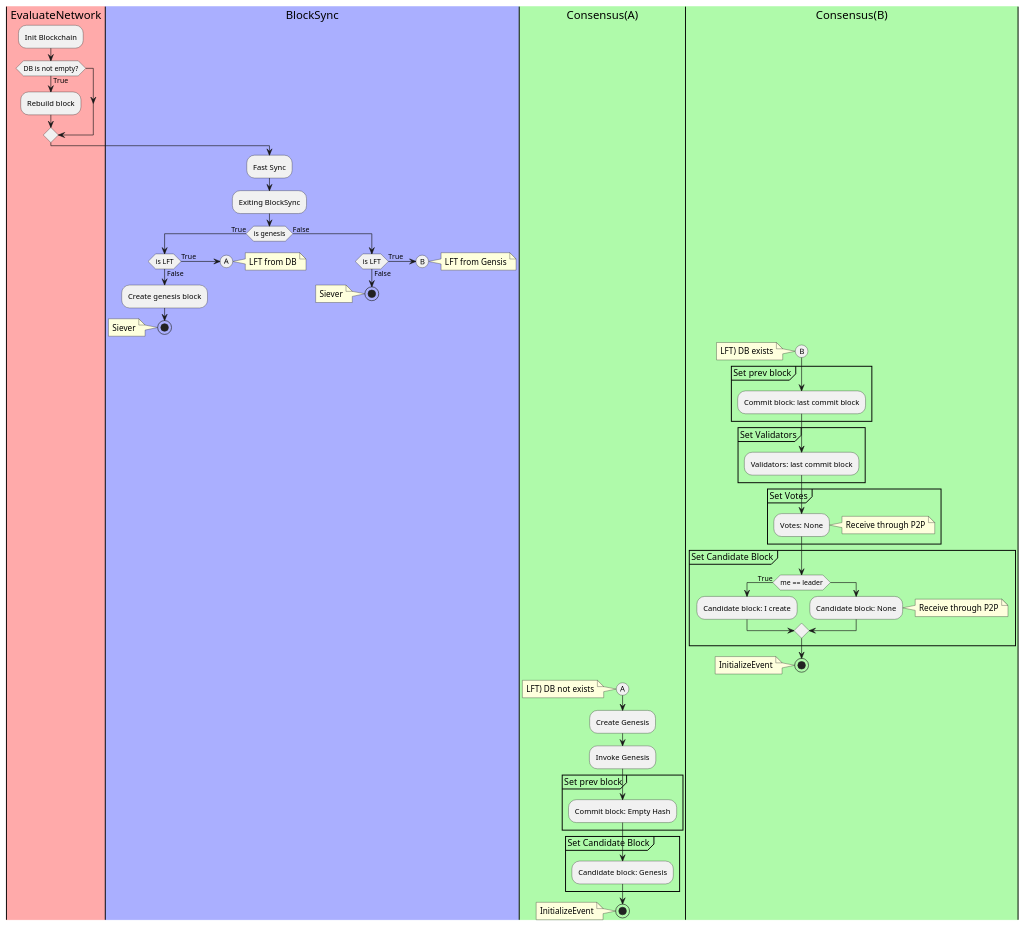
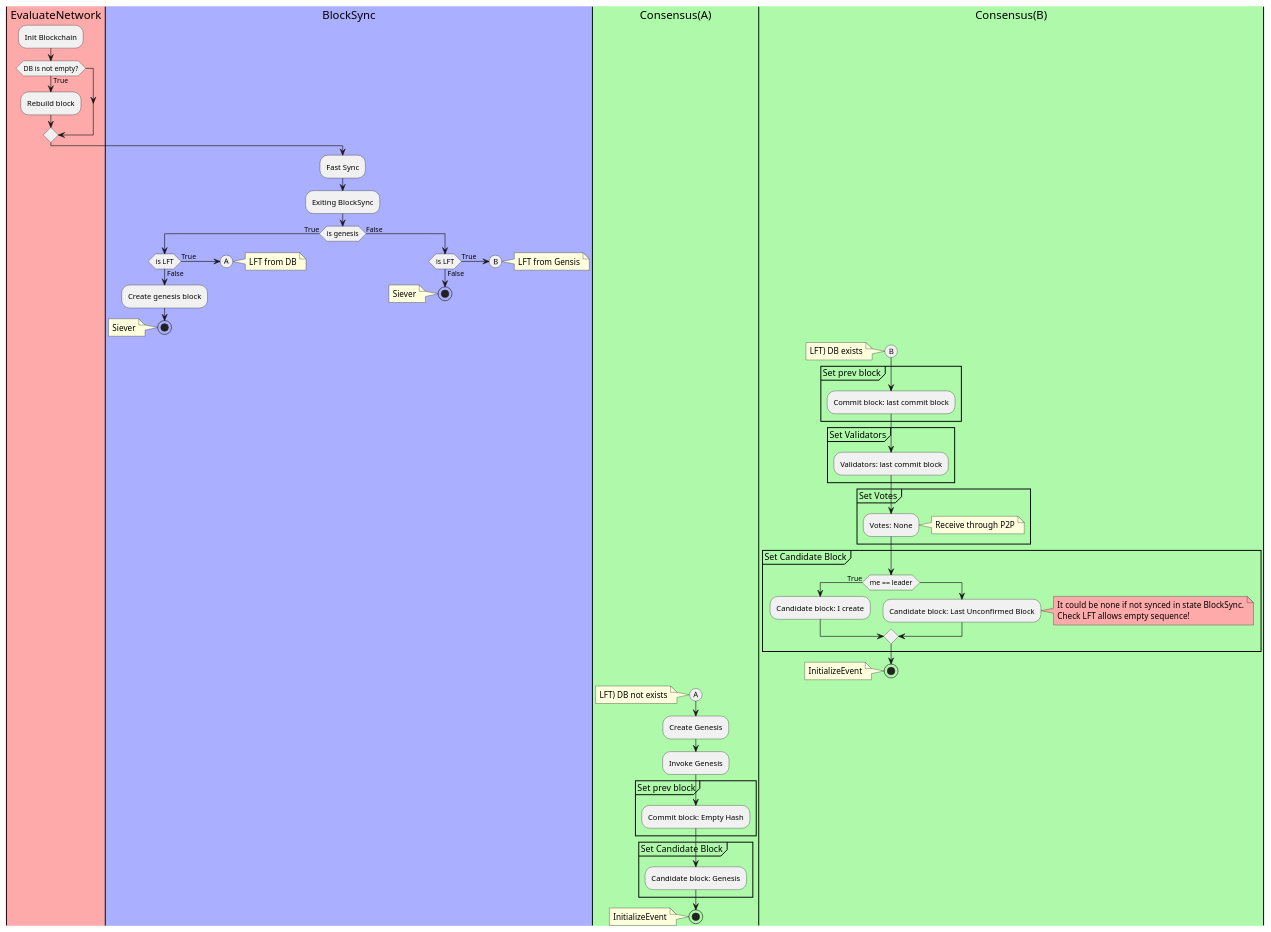
The diagram in diagrams/rebuild_process.puml (metalg0su/studies), drawn with PlantUML before and after one commit.

```diff
--- a/diagrams/rebuild_process.puml
+++ b/diagrams/rebuild_process.puml
@@ -1,83 +1,86 @@
 @startuml
 ' State definitions
 |#FFAAAA|EvaluateNetwork|
 |#AAAFFF|BlockSync|
 
 ' DB is empty
 |#AFFAAA|Consensus(A)|
 ' DB is not empty
 |#AFFAAA|Consensus(B)|
 
 ' Start
 |EvaluateNetwork|
 :Init Blockchain;
 if (DB is not empty?) then (True)
     :Rebuild block;
 endif
 
 |BlockSync|
 :Fast Sync;
 :Exiting BlockSync;
 if (is genesis) then (True)
     if (is LFT) then (True)
         (A)
         note right: LFT from DB
         detach
     else (False)
         |BlockSync|
         :Create genesis block;
         stop
         note: Siever
     endif
 
     |Consensus(B)|
     (B)
     note: LFT) DB exists
     partition "Set prev block" {
         :Commit block: last commit block;
     }
     partition "Set Validators" {
         :Validators: last commit block;
     }
     partition "Set Votes" {
         :Votes: None;
         note right: Receive through P2P
     }
     partition "Set Candidate Block" {
         if (me == leader) then (True)
             :Candidate block: I create;
         else
-            :Candidate block: None;
-            note right: Receive through P2P
+            :Candidate block: Last Unconfirmed Block;
+            note right #FFAAAA
+                It could be none if not synced in state BlockSync.
+                Check LFT allows empty sequence!
+            end note
         endif
     }
     stop
     note: InitializeEvent
 else (False)
     |BlockSync|
     if (is LFT) then (True)
         (B)
         note right: LFT from Gensis
         detach
     else (False)
         |BlockSync|
         stop
         note: Siever
     endif
 endif
 
 
 |Consensus(A)|
 (A)
 note: LFT) DB not exists
 :Create Genesis;
 :Invoke Genesis;
 partition "Set prev block" {
     :Commit block: Empty Hash;
 }
 partition "Set Candidate Block" {
     :Candidate block: Genesis;
 }
 stop
 note: InitializeEvent
 @enduml
```
